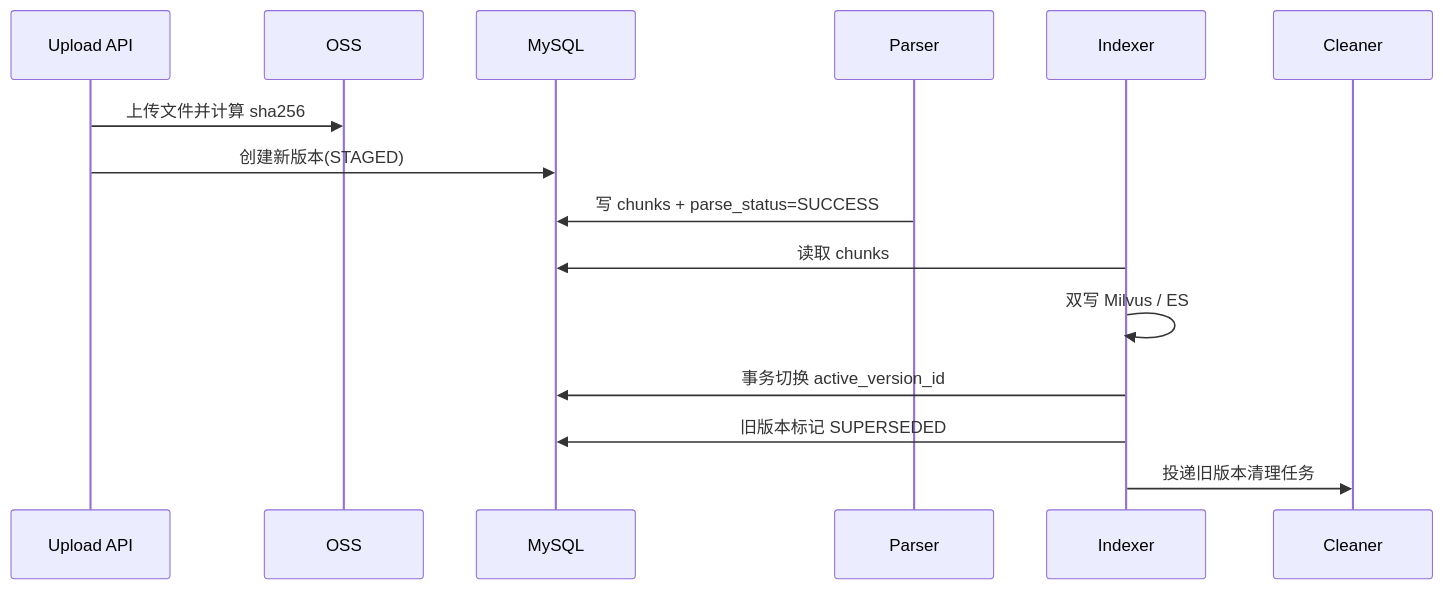
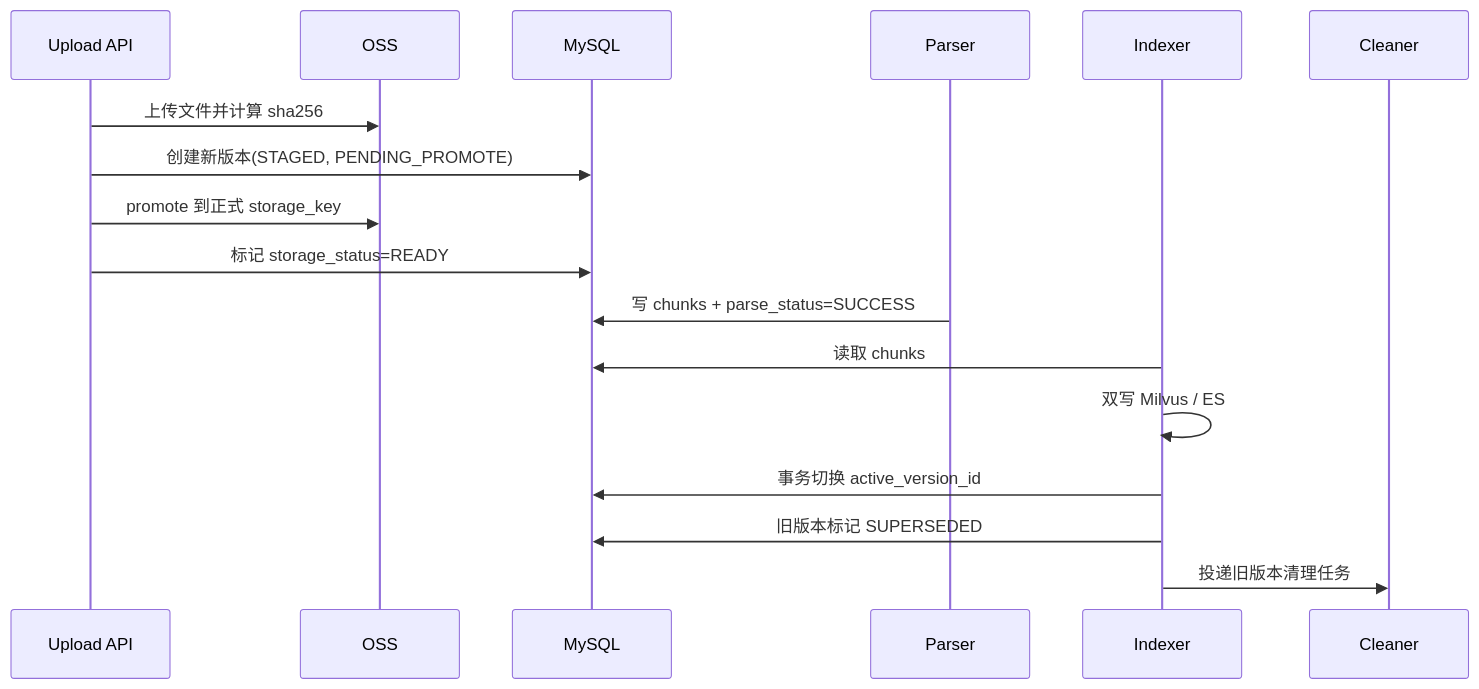
Before and after one commit to kkk935208447/learning_common_lib: the second of 7 diagrams in src/learning_common_lib/案例/实现AgenticRAG数据库管理/技术拆解.md, drawn with Mermaid. The commit also changed other lines of this file and 2 other files, not shown here.

````diff
--- a/src/learning_common_lib/案例/实现AgenticRAG数据库管理/技术拆解.md
+++ b/src/learning_common_lib/案例/实现AgenticRAG数据库管理/技术拆解.md
@@ -171,18 +174,20 @@
 ```mermaid
 sequenceDiagram
     participant API as Upload API
     participant OSS as OSS
     participant DB as MySQL
     participant PARSE as Parser
     participant INDEX as Indexer
     participant CLEAN as Cleaner
 
     API->>OSS: 上传文件并计算 sha256
-    API->>DB: 创建新版本(STAGED)
+    API->>DB: 创建新版本(STAGED, PENDING_PROMOTE)
+    API->>OSS: promote 到正式 storage_key
+    API->>DB: 标记 storage_status=READY
     PARSE->>DB: 写 chunks + parse_status=SUCCESS
     INDEX->>DB: 读取 chunks
     INDEX->>INDEX: 双写 Milvus / ES
     INDEX->>DB: 事务切换 active_version_id
     INDEX->>DB: 旧版本标记 SUPERSEDED
     INDEX->>CLEAN: 投递旧版本清理任务
 ```
````
